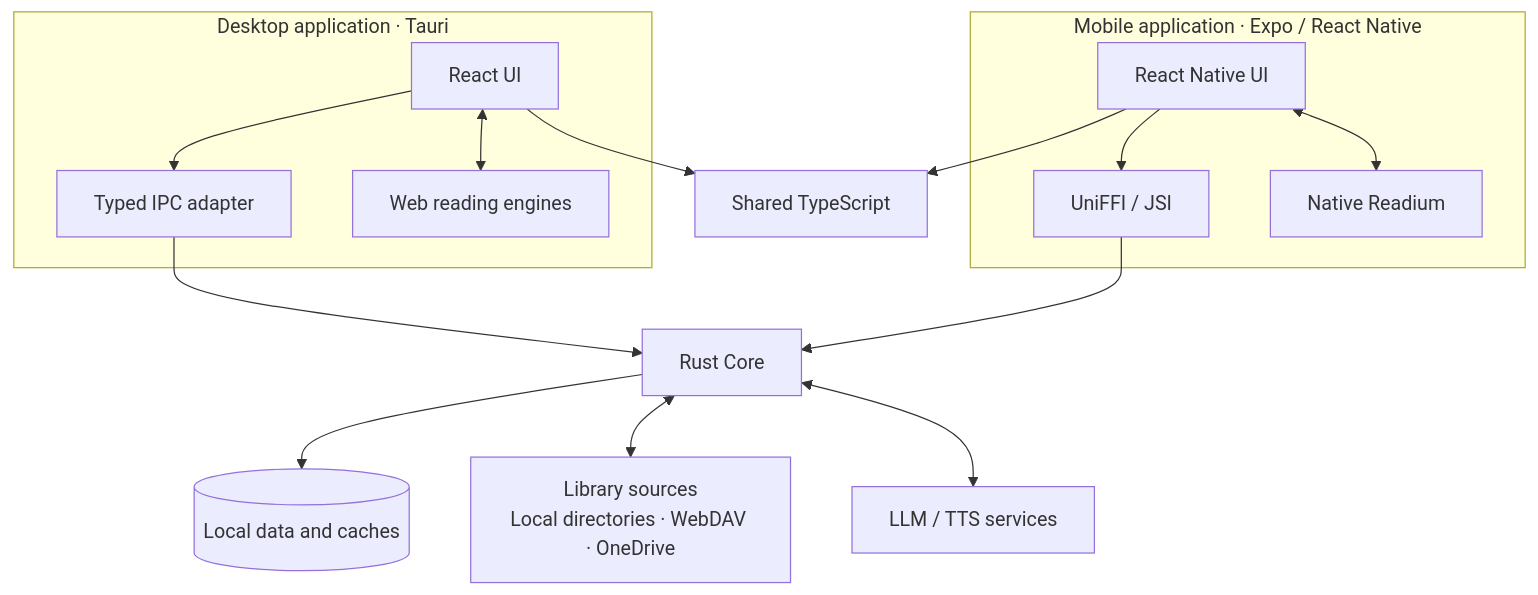
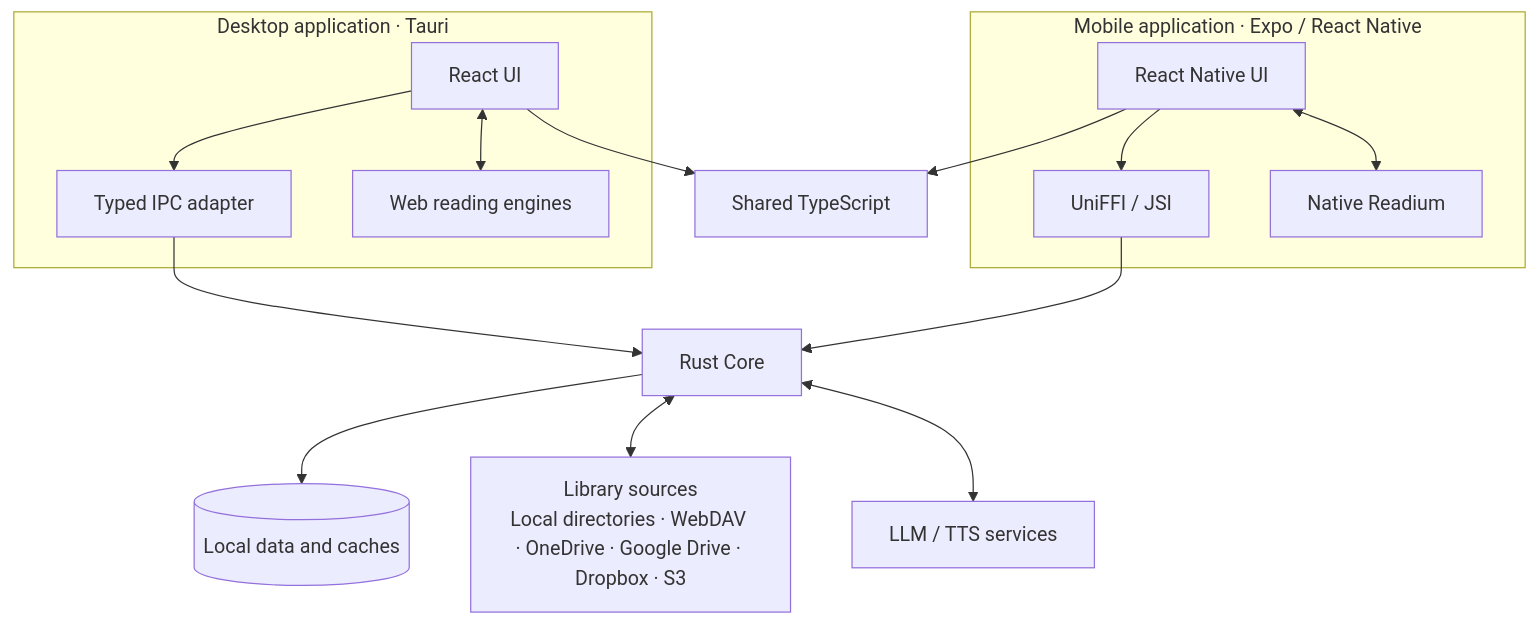
Before and after one commit to RyouMon/MyReader: the first of 7 diagrams in docs/ARCHITECTURE_EN.md, drawn with Mermaid. The commit also changed other lines of this file and 257 other files, not shown here.

First line of the commit message:
feat(cloud): add Google Drive, Dropbox and S3 (#145)

````diff
--- a/docs/ARCHITECTURE_EN.md
+++ b/docs/ARCHITECTURE_EN.md
@@ -13,29 +13,29 @@
 ```mermaid
 flowchart TB
     subgraph Desktop["Desktop application · Tauri"]
         DUI["React UI"]
         DBridge["Typed IPC adapter"]
         DReader["Web reading engines"]
         DUI --> DBridge
         DUI <--> DReader
     end
     subgraph Mobile["Mobile application · Expo / React Native"]
         MUI["React Native UI"]
         MBridge["UniFFI / JSI"]
         MReader["Native Readium"]
         MUI --> MBridge
         MUI <--> MReader
     end
     Shared["Shared TypeScript"]
     Core["Rust Core"]
     Local[("Local data and caches")]
-    Sources["Library sources<br/>Local directories · WebDAV · OneDrive"]
+    Sources["Library sources<br/>Local directories · WebDAV · OneDrive · Google Drive · Dropbox · S3"]
     AI["LLM / TTS services"]
     DUI --> Shared
     MUI --> Shared
     DBridge --> Core
     MBridge --> Core
     Core --> Local
     Core <--> Sources
     Core <--> AI
 ```
````
